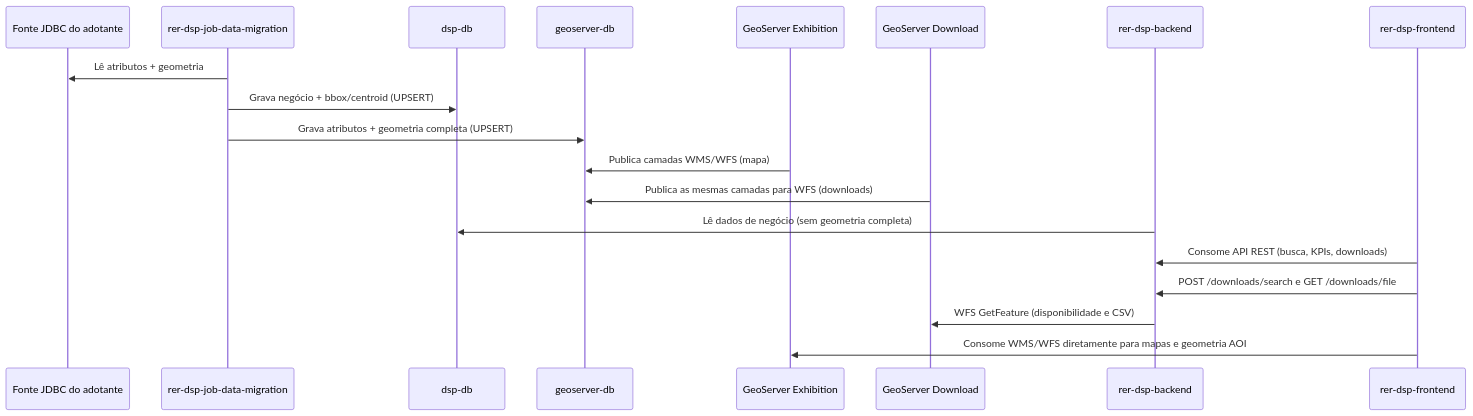
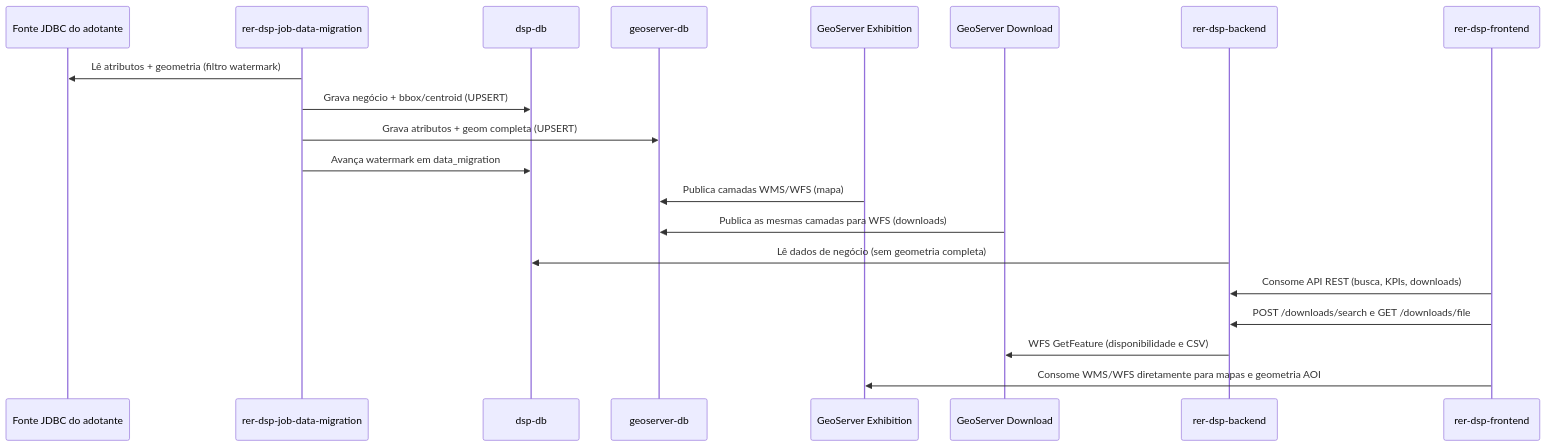
Before and after one commit to kleber-albino/rer-dsp-docs: the diagram in docs/architecture/data-flow.md, drawn with Mermaid. The commit also changed other lines of this file and 14 other files, not shown here.

````diff
--- a/docs/architecture/data-flow.md
+++ b/docs/architecture/data-flow.md
@@ -5,22 +5,23 @@
 ```mermaid
 sequenceDiagram
   participant Src as Fonte JDBC do adotante
   participant Job as rer-dsp-job-data-migration
   participant DspDb as dsp-db
   participant ExDb as geoserver-db
   participant GsEx as GeoServer Exhibition
   participant GsDl as GeoServer Download
   participant Be as rer-dsp-backend
   participant Fe as rer-dsp-frontend
 
-  Job->>Src: Lê atributos + geometria
+  Job->>Src: Lê atributos + geometria (filtro watermark)
   Job->>DspDb: Grava negócio + bbox/centroid (UPSERT)
-  Job->>ExDb: Grava atributos + geometria completa (UPSERT)
+  Job->>ExDb: Grava atributos + geom completa (UPSERT)
+  Job->>DspDb: Avança watermark em data_migration
   GsEx->>ExDb: Publica camadas WMS/WFS (mapa)
   GsDl->>ExDb: Publica as mesmas camadas para WFS (downloads)
   Be->>DspDb: Lê dados de negócio (sem geometria completa)
   Fe->>Be: Consome API REST (busca, KPIs, downloads)
   Fe->>Be: POST /downloads/search e GET /downloads/file
   Be->>GsDl: WFS GetFeature (disponibilidade e CSV)
   Fe->>GsEx: Consome WMS/WFS diretamente para mapas e geometria AOI
 ```
````
